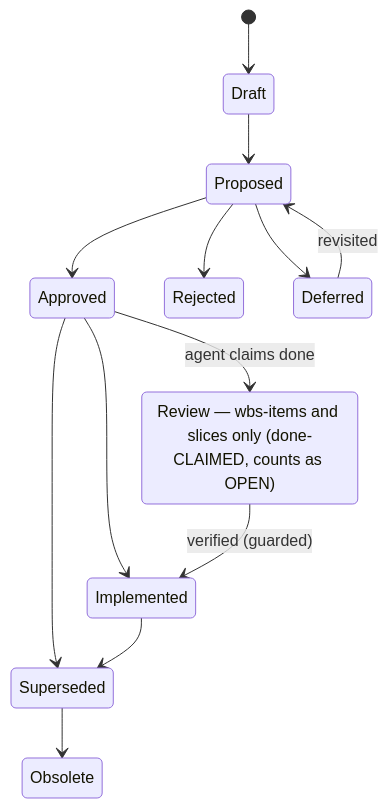
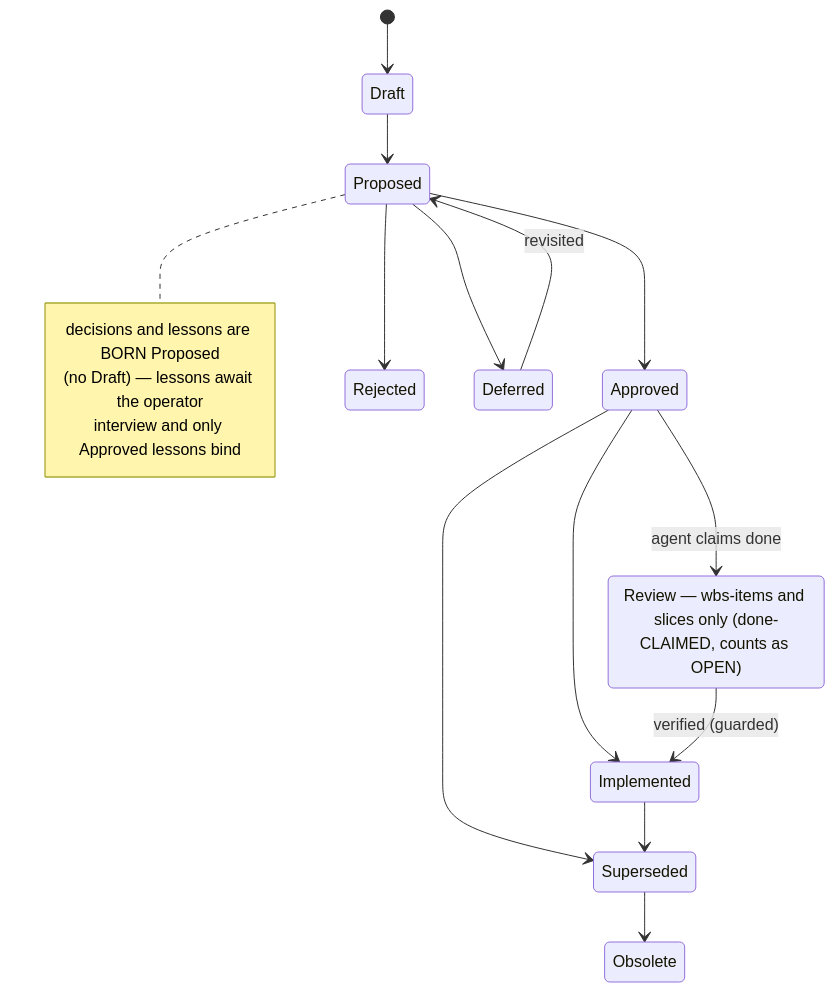
Before and after one commit to A-H-911/tamheed: the second of 2 diagrams in plugins/tamheed/references/artifact-catalog.md, drawn with Mermaid. The commit also changed other lines of this file and 84 other files, not shown here.

````diff
--- a/plugins/tamheed/references/artifact-catalog.md
+++ b/plugins/tamheed/references/artifact-catalog.md
@@ -58,16 +61,21 @@
 ```mermaid
 stateDiagram-v2
     [*] --> Draft
     Draft --> Proposed
     Proposed --> Approved
     Proposed --> Rejected
     Proposed --> Deferred
     Deferred --> Proposed : revisited
     Approved --> Implemented
     Approved --> Superseded
     Implemented --> Superseded
     Superseded --> Obsolete
     state "Review — wbs-items and slices only (done-CLAIMED, counts as OPEN)" as Review
     Approved --> Review : agent claims done
     Review --> Implemented : verified (guarded)
+    note right of Proposed
+        decisions and lessons are BORN Proposed
+        (no Draft) — lessons await the operator
+        interview and only Approved lessons bind
+    end note
 ```
````
